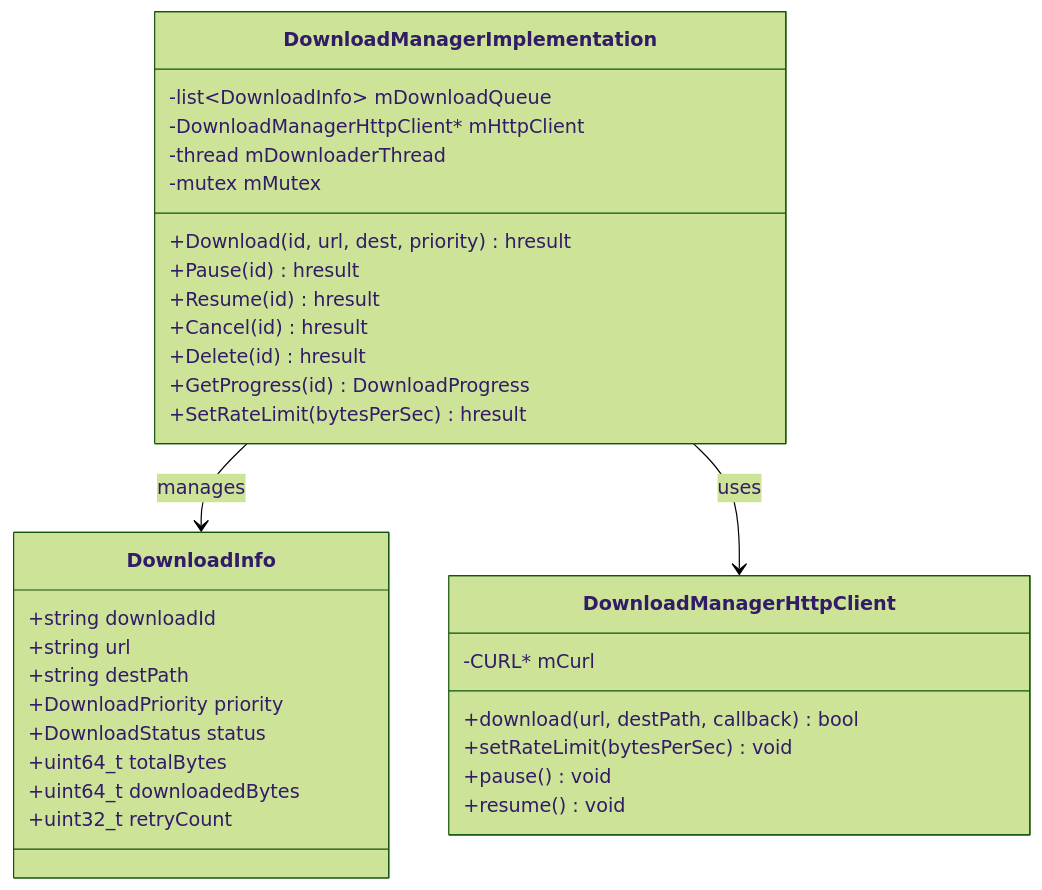
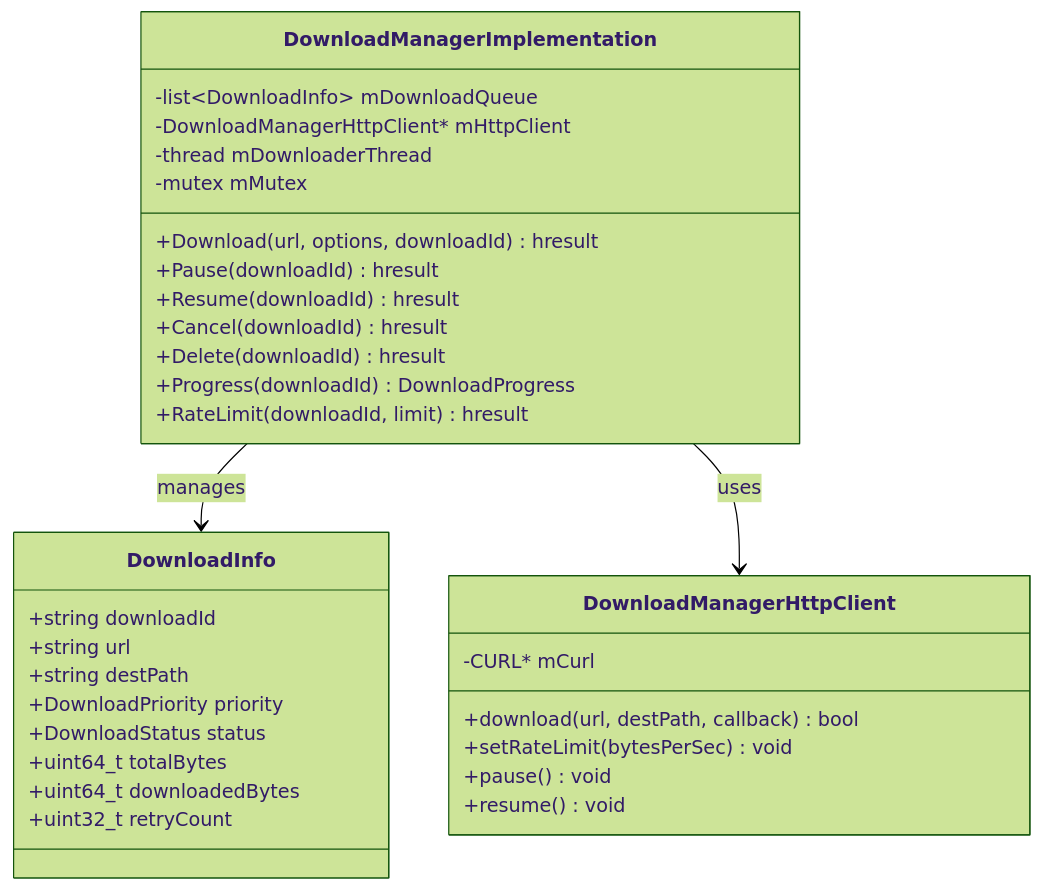
Before and after one commit to rdkcentral/entservices-appmanagers: the second of 3 diagrams in DownloadManager/DownloadManager.md, drawn with Mermaid (forest theme).

Commit message:
Potential fix for pull request finding

````diff
--- a/DownloadManager/DownloadManager.md
+++ b/DownloadManager/DownloadManager.md
@@ -55,38 +55,38 @@
 ```mermaid
 classDiagram
     class DownloadManagerImplementation {
         -list~DownloadInfo~ mDownloadQueue
         -DownloadManagerHttpClient* mHttpClient
         -thread mDownloaderThread
         -mutex mMutex
-        +Download(id, url, dest, priority) hresult
-        +Pause(id) hresult
-        +Resume(id) hresult
-        +Cancel(id) hresult
-        +Delete(id) hresult
-        +GetProgress(id) DownloadProgress
-        +SetRateLimit(bytesPerSec) hresult
+        +Download(url, options, downloadId) hresult
+        +Pause(downloadId) hresult
+        +Resume(downloadId) hresult
+        +Cancel(downloadId) hresult
+        +Delete(downloadId) hresult
+        +Progress(downloadId) DownloadProgress
+        +RateLimit(downloadId, limit) hresult
     }
 
     class DownloadInfo {
         +string downloadId
         +string url
         +string destPath
         +DownloadPriority priority
         +DownloadStatus status
         +uint64_t totalBytes
         +uint64_t downloadedBytes
         +uint32_t retryCount
     }
 
     class DownloadManagerHttpClient {
         -CURL* mCurl
         +download(url, destPath, callback) bool
         +setRateLimit(bytesPerSec) void
         +pause() void
         +resume() void
     }
 
     DownloadManagerImplementation --> DownloadInfo: manages
     DownloadManagerImplementation --> DownloadManagerHttpClient: uses
 ```
````
